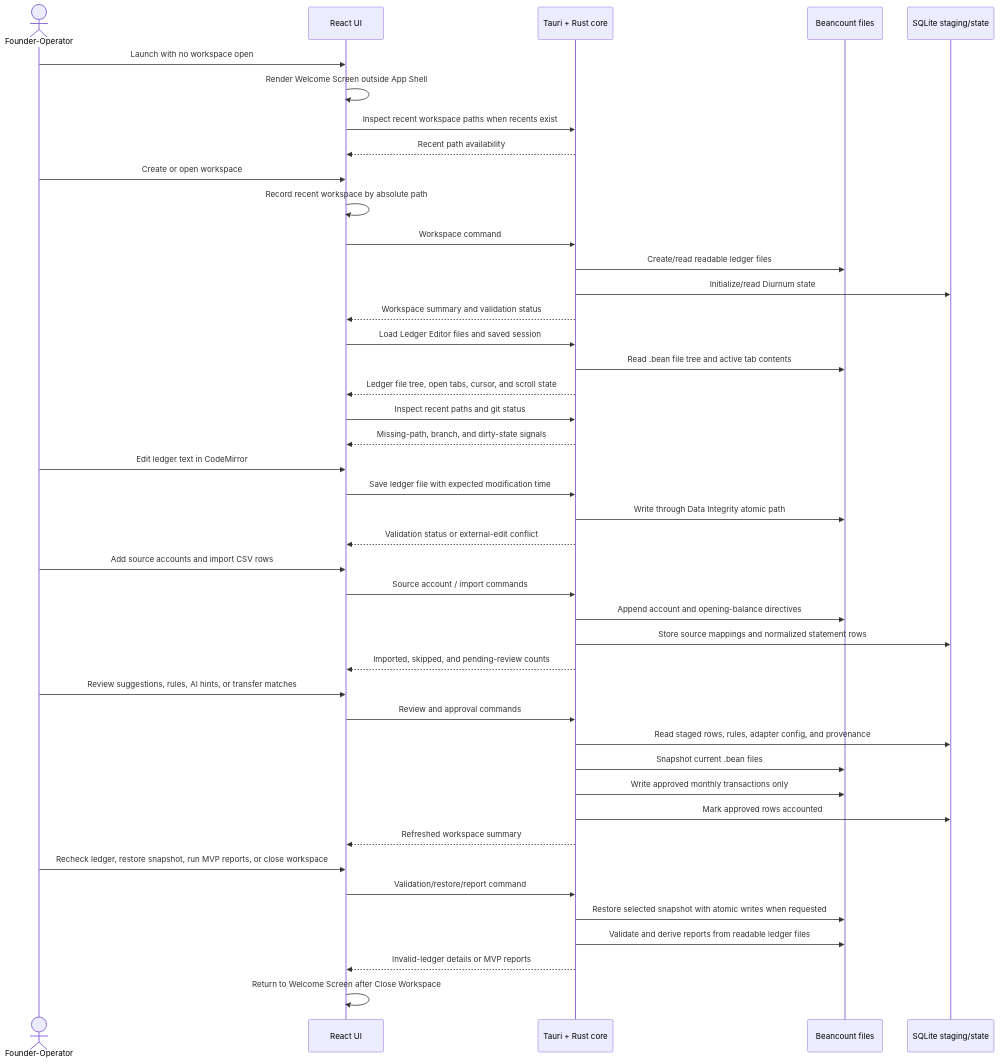
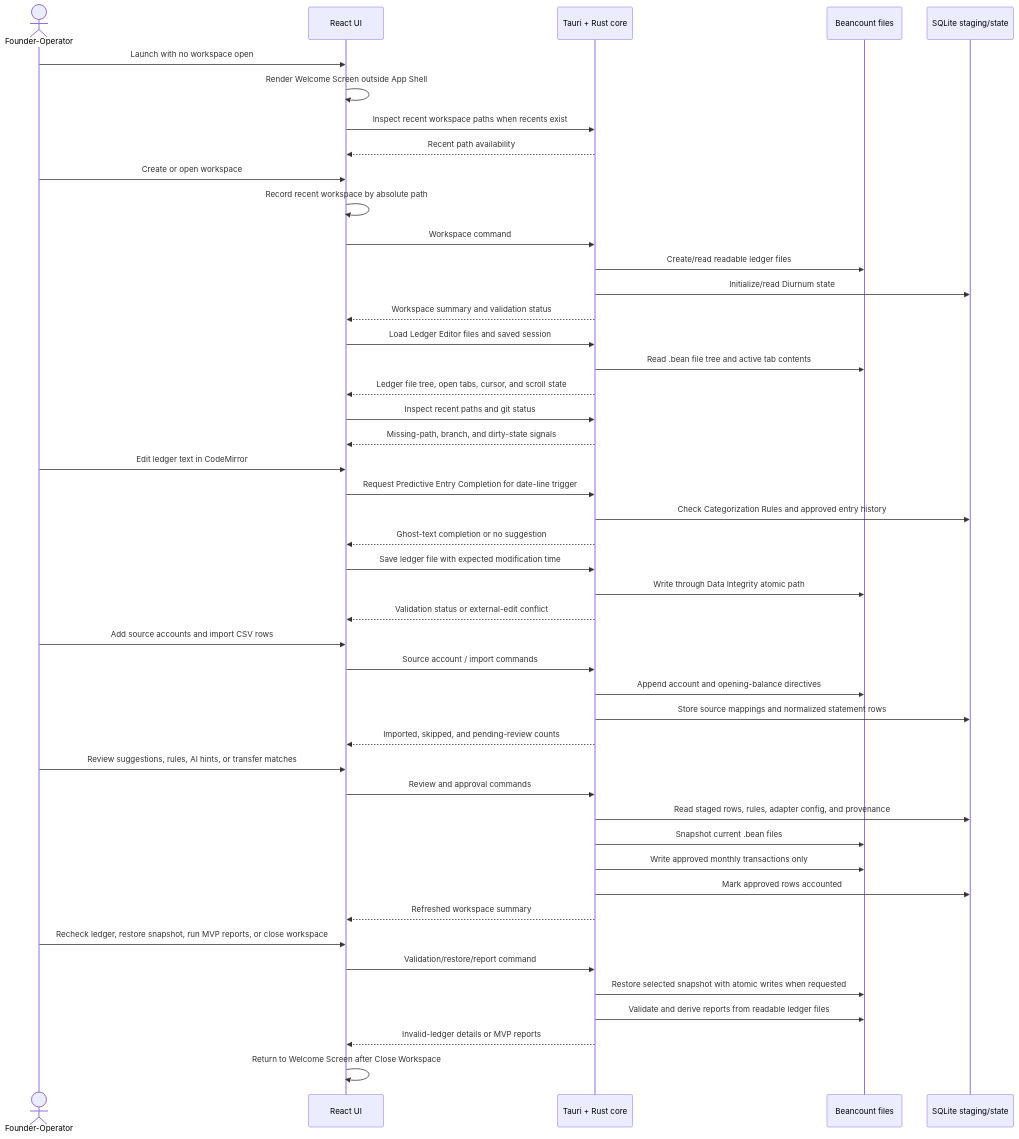
The second of 4 diagrams in docs/architecture.md (Diurnum-Dev/Diurnum), drawn with Mermaid before and after one commit. The commit also changed other lines of this file and 11 other files, not shown here.

Commit message:
feat: add predictive ledger completion

````diff
--- a/docs/architecture.md
+++ b/docs/architecture.md
@@ -45,51 +45,54 @@
 ```mermaid
 sequenceDiagram
   actor User as Founder-Operator
   participant UI as React UI
   participant Core as Tauri + Rust core
   participant Ledger as Beancount files
   participant State as SQLite staging/state
 
   User->>UI: Launch with no workspace open
   UI->>UI: Render Welcome Screen outside App Shell
   UI->>Core: Inspect recent workspace paths when recents exist
   Core-->>UI: Recent path availability
 
   User->>UI: Create or open workspace
   UI->>UI: Record recent workspace by absolute path
   UI->>Core: Workspace command
   Core->>Ledger: Create/read readable ledger files
   Core->>State: Initialize/read Diurnum state
   Core-->>UI: Workspace summary and validation status
   UI->>Core: Load Ledger Editor files and saved session
   Core->>Ledger: Read .bean file tree and active tab contents
   Core-->>UI: Ledger file tree, open tabs, cursor, and scroll state
   UI->>Core: Inspect recent paths and git status
   Core-->>UI: Missing-path, branch, and dirty-state signals
 
   User->>UI: Edit ledger text in CodeMirror
+  UI->>Core: Request Predictive Entry Completion for date-line trigger
+  Core->>State: Check Categorization Rules and approved entry history
+  Core-->>UI: Ghost-text completion or no suggestion
   UI->>Core: Save ledger file with expected modification time
   Core->>Ledger: Write through Data Integrity atomic path
   Core-->>UI: Validation status or external-edit conflict
 
   User->>UI: Add source accounts and import CSV rows
   UI->>Core: Source account / import commands
   Core->>Ledger: Append account and opening-balance directives
   Core->>State: Store source mappings and normalized statement rows
   Core-->>UI: Imported, skipped, and pending-review counts
 
   User->>UI: Review suggestions, rules, AI hints, or transfer matches
   UI->>Core: Review and approval commands
   Core->>State: Read staged rows, rules, adapter config, and provenance
   Core->>Ledger: Snapshot current .bean files
   Core->>Ledger: Write approved monthly transactions only
   Core->>State: Mark approved rows accounted
   Core-->>UI: Refreshed workspace summary
 
   User->>UI: Recheck ledger, restore snapshot, run MVP reports, or close workspace
   UI->>Core: Validation/restore/report command
   Core->>Ledger: Restore selected snapshot with atomic writes when requested
   Core->>Ledger: Validate and derive reports from readable ledger files
   Core-->>UI: Invalid-ledger details or MVP reports
   UI->>UI: Return to Welcome Screen after Close Workspace
 ```
````
